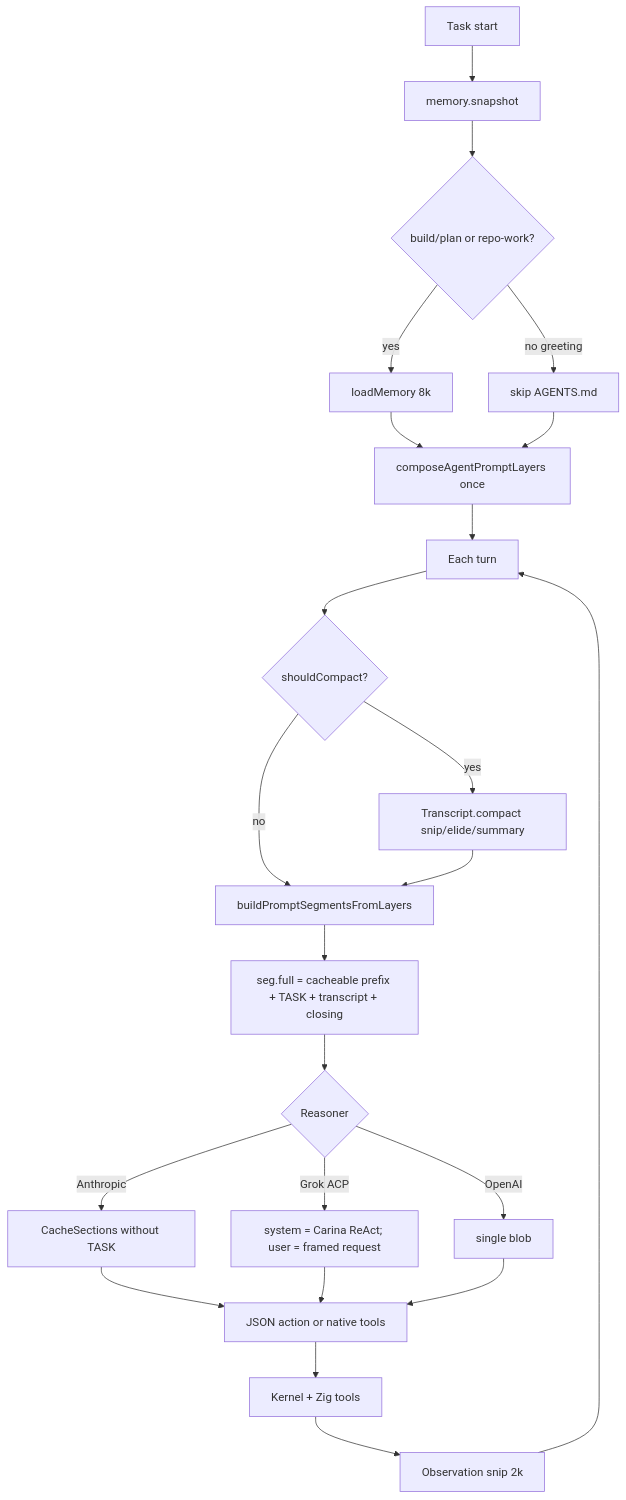
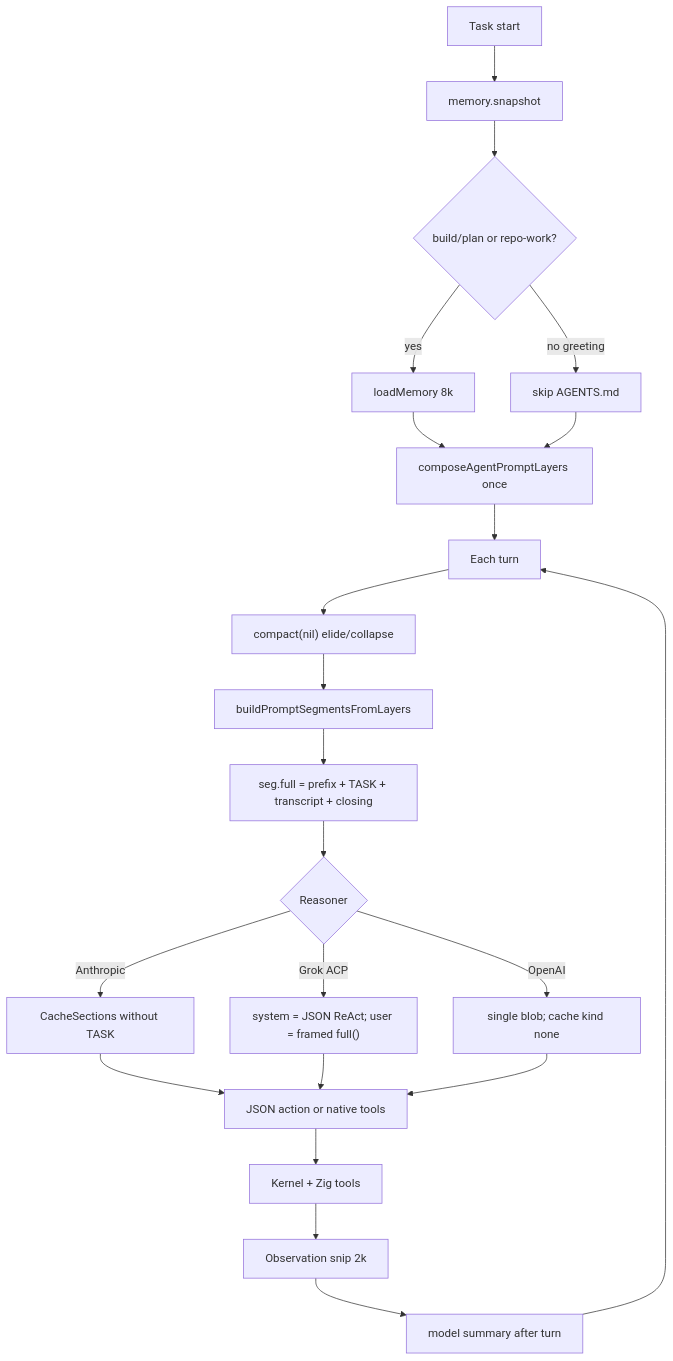
One commit to Nebutra/carina changed the diagram in docs/CONTEXT_ENGINEERING.md. Above: the diagram before and after it, drawn with Mermaid. The commit also changed other lines of this file and 12 other files, not shown here.

````diff
--- a/docs/CONTEXT_ENGINEERING.md
+++ b/docs/CONTEXT_ENGINEERING.md
@@ -87,25 +87,24 @@
 ```mermaid
 flowchart TD
   start[Task start] --> snap[memory.snapshot]
   snap --> rules{build/plan or repo-work?}
   rules -->|yes| loadF[loadMemory 8k]
   rules -->|no greeting| skipF[skip AGENTS.md]
   loadF --> layers
   skipF --> layers[composeAgentPromptLayers once]
   layers --> loop[Each turn]
-  loop --> compact{shouldCompact?}
-  compact -->|yes| trc[Transcript.compact snip/elide/summary]
-  compact -->|no| build
-  trc --> build[buildPromptSegmentsFromLayers]
-  build --> full["seg.full = cacheable prefix + TASK + transcript + closing"]
+  loop --> cheap["compact(nil) elide/collapse"]
+  cheap --> build[buildPromptSegmentsFromLayers]
+  build --> full["seg.full = prefix + TASK + transcript + closing"]
   full --> route{Reasoner}
   route -->|Anthropic| cache[CacheSections without TASK]
-  route -->|Grok ACP| stuff["system = Carina ReAct; user = framed request"]
-  route -->|OpenAI| blob[single blob]
+  route -->|Grok ACP| stuff["system = JSON ReAct; user = framed full()"]
+  route -->|OpenAI| blob["single blob; cache kind none"]
   cache --> act[JSON action or native tools]
   stuff --> act
   blob --> act
   act --> exec[Kernel + Zig tools]
   exec --> obs[Observation snip 2k]
-  obs --> loop
+  obs --> after[model summary after turn]
+  after --> loop
 ```
````
